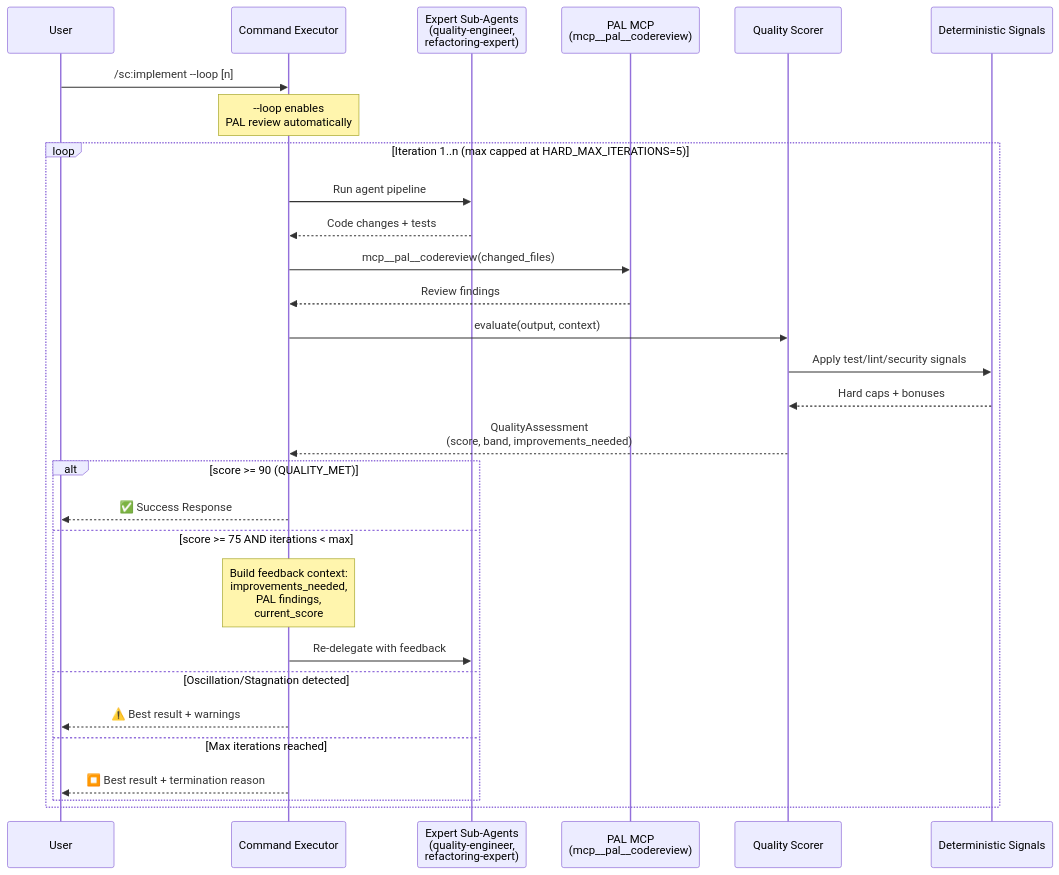
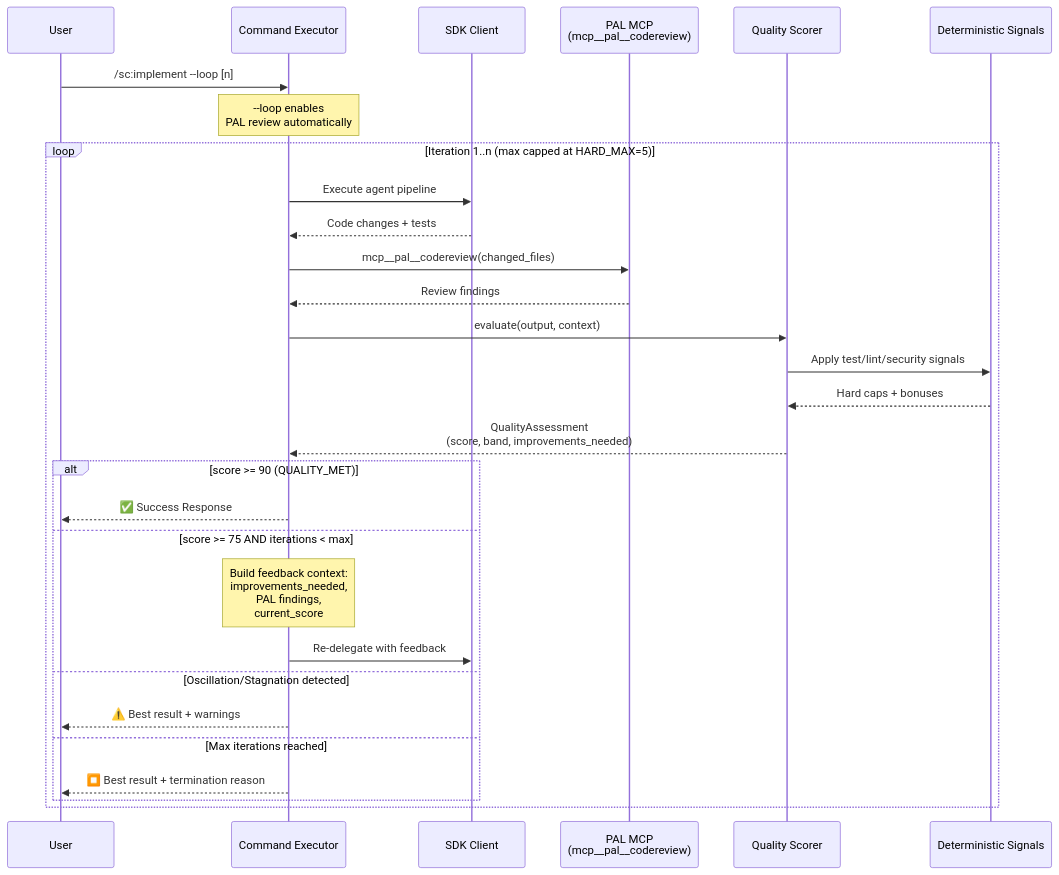
Before and after one commit to Tony363/SuperClaude: the fourth of 15 diagrams in README.md, drawn with Mermaid. The commit also changed other lines of this file, not shown here.

First line of the commit message:
docs: comprehensive README update with SDK integration and accurate metrics

````diff
--- a/README.md
+++ b/README.md
@@ -221,37 +268,37 @@
 ```mermaid
 sequenceDiagram
     participant User
     participant Executor as Command Executor
-    participant Agents as Expert Sub-Agents<br/>(quality-engineer,<br/>refactoring-expert)
+    participant SDK as SDK Client
     participant PAL as PAL MCP<br/>(mcp__pal__codereview)
     participant Quality as Quality Scorer
     participant Signals as Deterministic Signals
 
     User->>Executor: /sc:implement --loop [n]
 
     Note over Executor: --loop enables<br/>PAL review automatically
 
-    loop Iteration 1..n (max capped at HARD_MAX_ITERATIONS=5)
-        Executor->>Agents: Run agent pipeline
-        Agents-->>Executor: Code changes + tests
+    loop Iteration 1..n (max capped at HARD_MAX=5)
+        Executor->>SDK: Execute agent pipeline
+        SDK-->>Executor: Code changes + tests
 
         Executor->>PAL: mcp__pal__codereview(changed_files)
         PAL-->>Executor: Review findings
 
         Executor->>Quality: evaluate(output, context)
         Quality->>Signals: Apply test/lint/security signals
         Signals-->>Quality: Hard caps + bonuses
         Quality-->>Executor: QualityAssessment<br/>(score, band, improvements_needed)
 
         alt score >= 90 (QUALITY_MET)
             Executor-->>User: ✅ Success Response
         else score >= 75 AND iterations < max
             Note over Executor: Build feedback context:<br/>improvements_needed,<br/>PAL findings,<br/>current_score
-            Executor->>Agents: Re-delegate with feedback
+            Executor->>SDK: Re-delegate with feedback
         else Oscillation/Stagnation detected
             Executor-->>User: ⚠️ Best result + warnings
         else Max iterations reached
             Executor-->>User: ⏹️ Best result + termination reason
         end
     end
 ```
````
